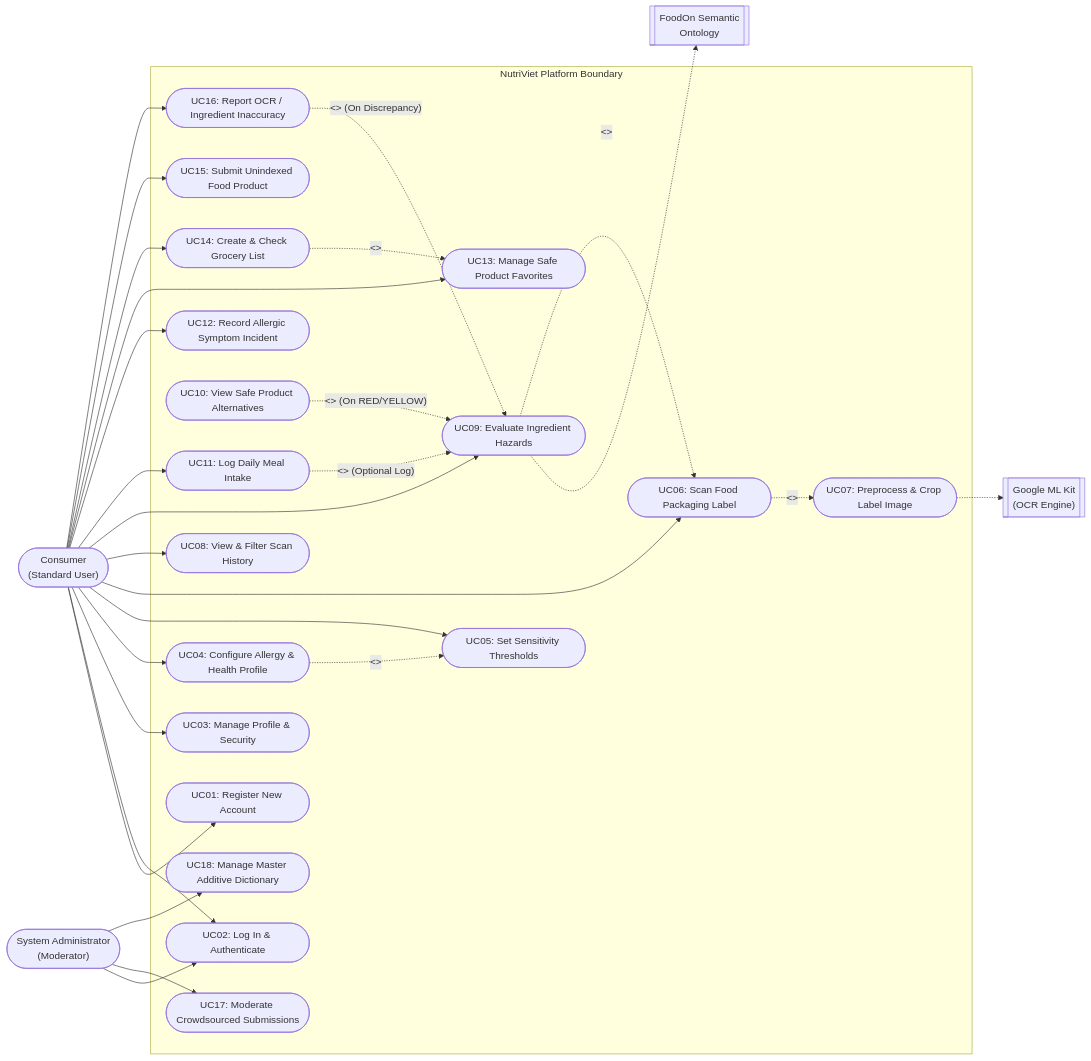
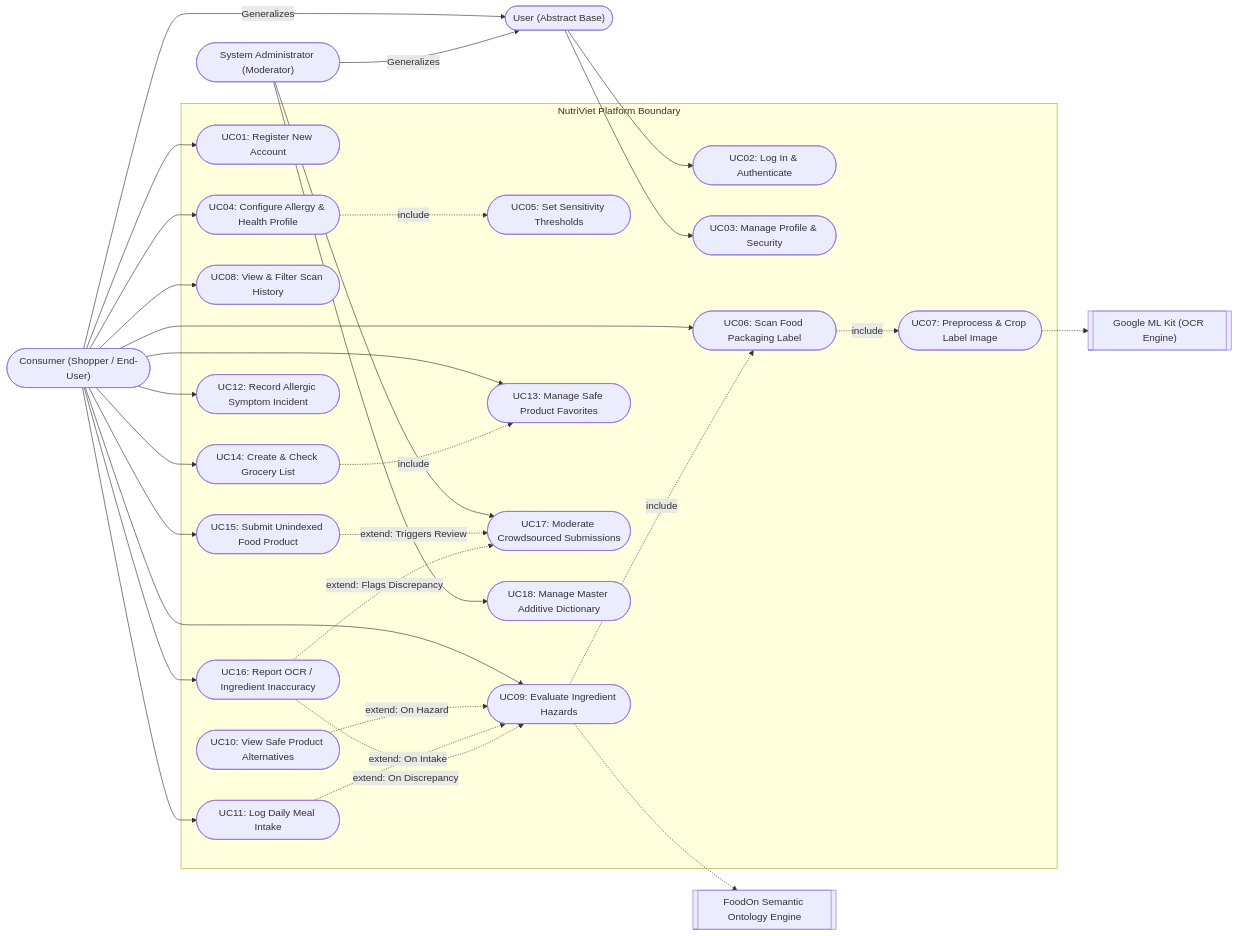
One commit to cornne/NutriViet_CNPM changed the first of 5 diagrams in docs/requirements/use-cases.md. Above: the diagram before and after it, drawn with Mermaid. The commit also changed other lines of this file and 176 other files, not shown here.

````diff
--- a/docs/requirements/use-cases.md
+++ b/docs/requirements/use-cases.md
@@ -53,68 +59,75 @@
 ```mermaid
 flowchart LR
-    Consumer(["Consumer<br/>(Standard User)"])
-    Admin(["System Administrator<br/>(Moderator)"])
-    MLKit[["Google ML Kit<br/>(OCR Engine)"]]
-    FoodOn[["FoodOn Semantic<br/>Ontology"]]
+    User(["User (Abstract Base)"])
+    Consumer(["Consumer (Shopper / End-User)"])
+    Admin(["System Administrator (Moderator)"])
+    MLKit[["Google ML Kit (OCR Engine)"]]
+    FoodOn[["FoodOn Semantic Ontology Engine"]]
+
+    %% Actor Generalization
+    Consumer -->|Generalizes| User
+    Admin -->|Generalizes| User
 
     subgraph NutriViet ["NutriViet Platform Boundary"]
-        %% FG1 & FG2
+        %% FG1 & FG2: Identity & Allergy Profile
         UC01(["UC01: Register New Account"])
         UC02(["UC02: Log In & Authenticate"])
         UC03(["UC03: Manage Profile & Security"])
         UC04(["UC04: Configure Allergy & Health Profile"])
         UC05(["UC05: Set Sensitivity Thresholds"])
 
-        %% FG3 & FG4
+        %% FG3 & FG4: OCR Scanner & Hazard Evaluation
         UC06(["UC06: Scan Food Packaging Label"])
         UC07(["UC07: Preprocess & Crop Label Image"])
         UC08(["UC08: View & Filter Scan History"])
         UC09(["UC09: Evaluate Ingredient Hazards"])
         UC10(["UC10: View Safe Product Alternatives"])
 
-        %% FG5 & FG6
+        %% FG5 & FG6: Dietary Journal & Smart Grocery
         UC11(["UC11: Log Daily Meal Intake"])
         UC12(["UC12: Record Allergic Symptom Incident"])
         UC13(["UC13: Manage Safe Product Favorites"])
         UC14(["UC14: Create & Check Grocery List"])
 
-        %% FG7 & FG8
+        %% FG7 & FG8: Crowdsourcing & Moderation
         UC15(["UC15: Submit Unindexed Food Product"])
         UC16(["UC16: Report OCR / Ingredient Inaccuracy"])
         UC17(["UC17: Moderate Crowdsourced Submissions"])
         UC18(["UC18: Manage Master Additive Dictionary"])
     end
 
-    %% Actor Connections
+    %% Actor to Use Case Associations
+    User --> UC02
+    User --> UC03
     Consumer --> UC01
-    Consumer --> UC02
-    Consumer --> UC03
     Consumer --> UC04
-    Consumer --> UC05
     Consumer --> UC06
     Consumer --> UC08
     Consumer --> UC09
     Consumer --> UC11
     Consumer --> UC12
     Consumer --> UC13
     Consumer --> UC14
     Consumer --> UC15
     Consumer --> UC16
 
-    Admin --> UC02
     Admin --> UC17
     Admin --> UC18
 
     %% Secondary Actors
     UC07 -.-> MLKit
     UC09 -.-> FoodOn
 
-    %% Inter-Use Case Relationships
-    UC06 -. "<<include>>" .-> UC07
-    UC09 -. "<<include>>" .-> UC06
-    UC10 -. "<<extend>> (On RED/YELLOW)" .-> UC09
-    UC11 -. "<<extend>> (Optional Log)" .-> UC09
-    UC16 -. "<<extend>> (On Discrepancy)" .-> UC09
-    UC14 -. "<<include>>" .-> UC13
-    UC04 -. "<<include>>" .-> UC05
+    %% Include Relationships
+    UC04 -.->|include| UC05
+    UC06 -.->|include| UC07
+    UC09 -.->|include| UC06
+    UC14 -.->|include| UC13
+
+    %% Extend Relationships
+    UC10 -.->|extend: On Hazard| UC09
+    UC11 -.->|extend: On Intake| UC09
+    UC16 -.->|extend: On Discrepancy| UC09
+    UC15 -.->|extend: Triggers Review| UC17
+    UC16 -.->|extend: Flags Discrepancy| UC17
 ```
````
